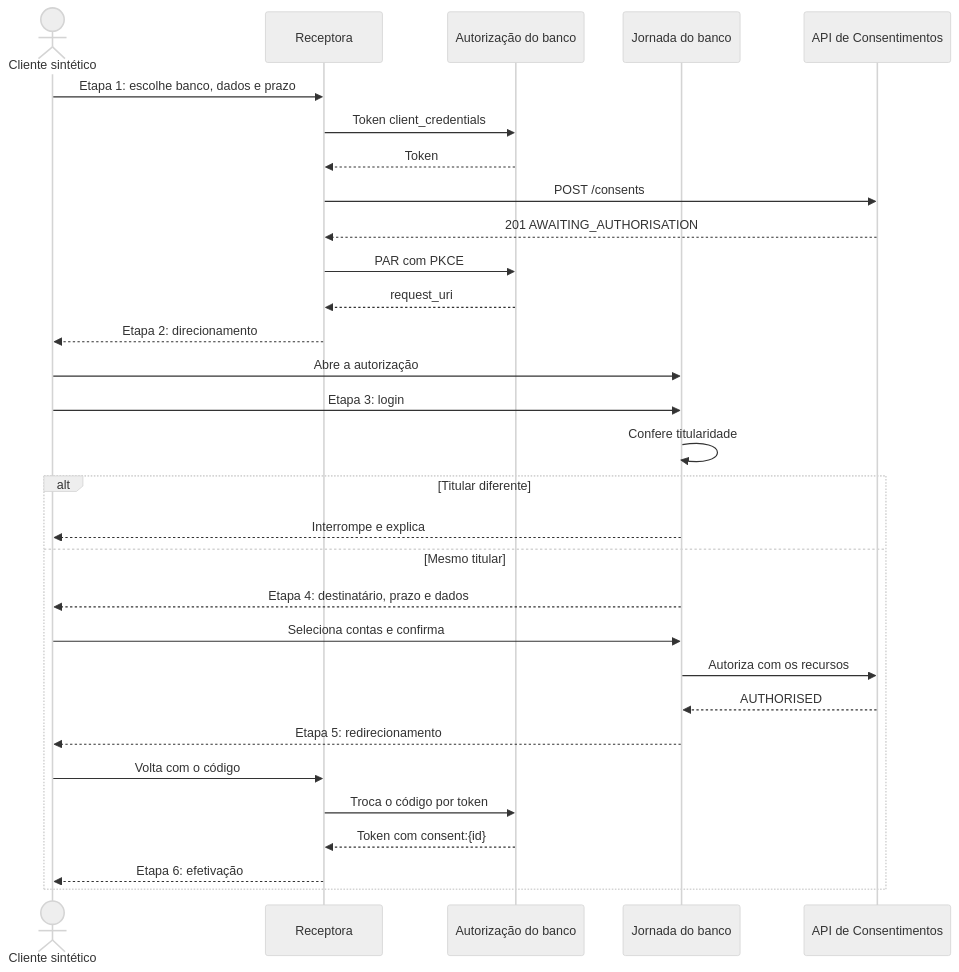
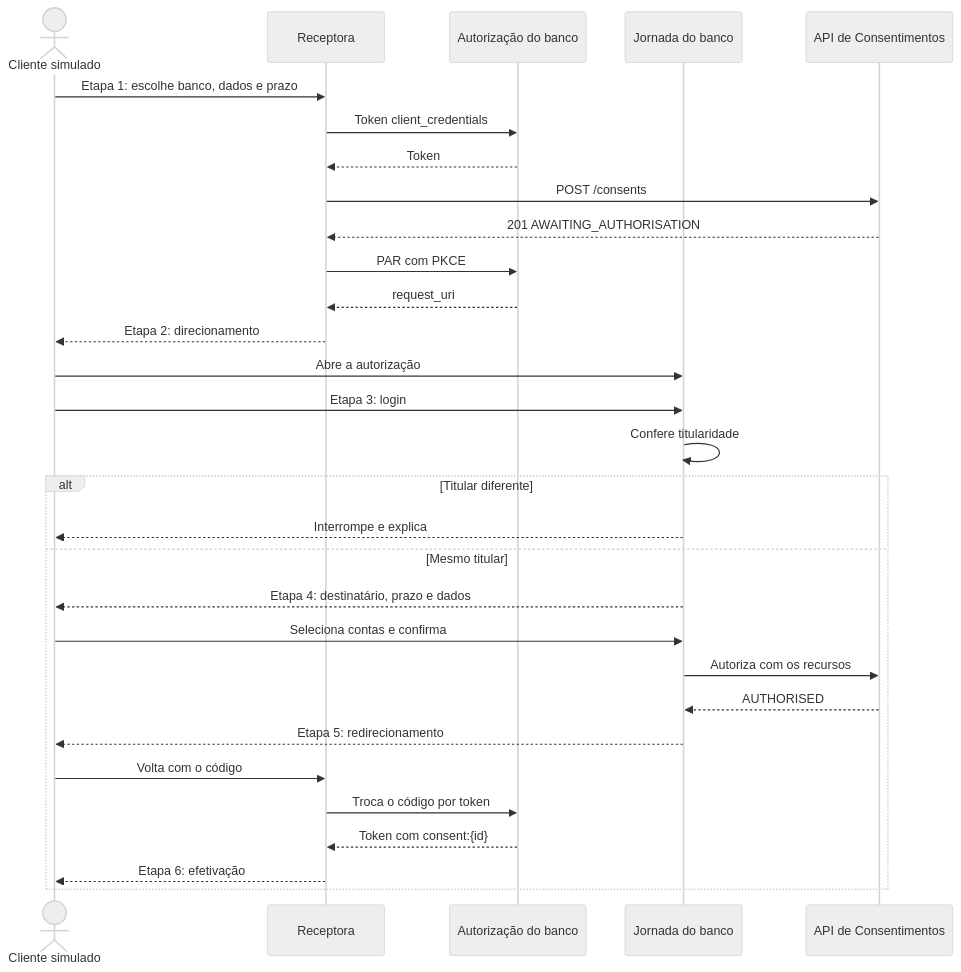
One commit to marcelosotto/open-finance-simulator changed the diagram in docs/03-design/sequencia/01-jornada-de-consentimento.md. Above: the diagram before and after it, drawn with Mermaid (neutral theme). The commit also changed 17 other files, not shown here.

````diff
--- a/docs/03-design/sequencia/01-jornada-de-consentimento.md
+++ b/docs/03-design/sequencia/01-jornada-de-consentimento.md
@@ -5,33 +5,33 @@
 ```mermaid
 sequenceDiagram
-  actor C as Cliente sintético
+  actor C as Cliente simulado
   participant R as Receptora
   participant A as Autorização do banco
   participant J as Jornada do banco
   participant S as API de Consentimentos
 
   C->>R: Etapa 1: escolhe banco, dados e prazo
   R->>A: Token client_credentials
   A-->>R: Token
   R->>S: POST /consents
   S-->>R: 201 AWAITING_AUTHORISATION
   R->>A: PAR com PKCE
   A-->>R: request_uri
   R-->>C: Etapa 2: direcionamento
   C->>J: Abre a autorização
   C->>J: Etapa 3: login
   J->>J: Confere titularidade
   alt Titular diferente
     J-->>C: Interrompe e explica
   else Mesmo titular
     J-->>C: Etapa 4: destinatário, prazo e dados
     C->>J: Seleciona contas e confirma
     J->>S: Autoriza com os recursos
     S-->>J: AUTHORISED
     J-->>C: Etapa 5: redirecionamento
     C->>R: Volta com o código
     R->>A: Troca o código por token
     A-->>R: Token com consent:{id}
     R-->>C: Etapa 6: efetivação
   end
 ```
````
